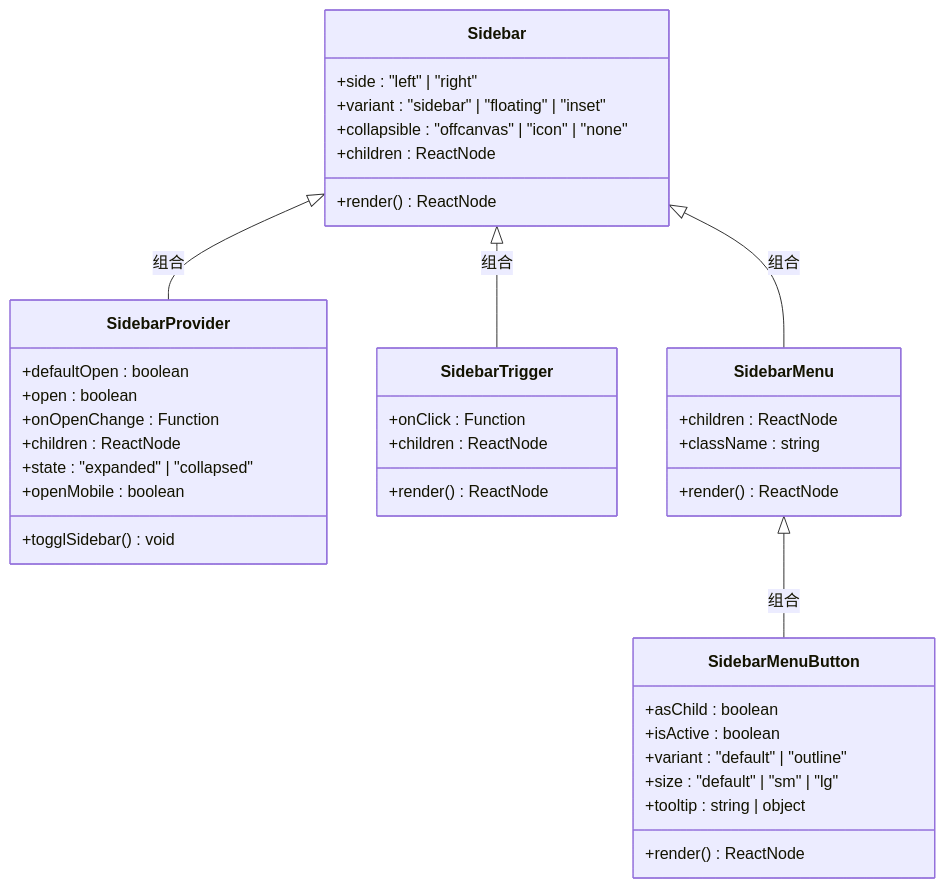
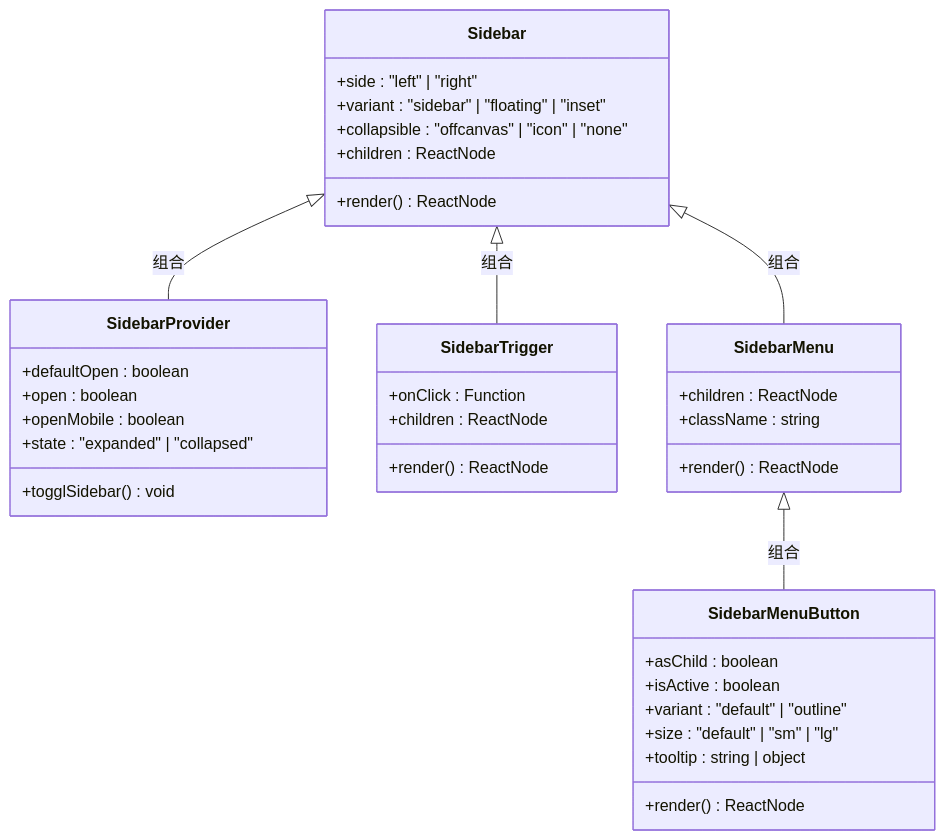
Before and after one commit to verse-ai-org/openclaw: the third of 49 diagrams in .qoder/repowiki/zh/content/Web界面/UI组件系统/UI组件系统.md, drawn with Mermaid. The commit also changed other lines of this file and 55 other files, not shown here.

````diff
--- a/.qoder/repowiki/zh/content/Web界面/UI组件系统/UI组件系统.md
+++ b/.qoder/repowiki/zh/content/Web界面/UI组件系统/UI组件系统.md
@@ -333,41 +404,39 @@
 ```mermaid
 classDiagram
 class Sidebar {
 +side : "left" | "right"
 +variant : "sidebar" | "floating" | "inset"
 +collapsible : "offcanvas" | "icon" | "none"
 +children : ReactNode
 +render() ReactNode
 }
 class SidebarProvider {
 +defaultOpen : boolean
 +open : boolean
-+onOpenChange : Function
-+children : ReactNode
++openMobile : boolean
 +state : "expanded" | "collapsed"
-+openMobile : boolean
 +togglSidebar() void
 }
 class SidebarTrigger {
 +onClick : Function
 +children : ReactNode
 +render() ReactNode
 }
 class SidebarMenu {
 +children : ReactNode
 +className : string
 +render() ReactNode
 }
 class SidebarMenuButton {
 +asChild : boolean
 +isActive : boolean
 +variant : "default" | "outline"
 +size : "default" | "sm" | "lg"
 +tooltip : string | object
 +render() ReactNode
 }
 Sidebar <|-- SidebarProvider : 组合
 Sidebar <|-- SidebarTrigger : 组合
 Sidebar <|-- SidebarMenu : 组合
 SidebarMenu <|-- SidebarMenuButton : 组合
 ```
````
